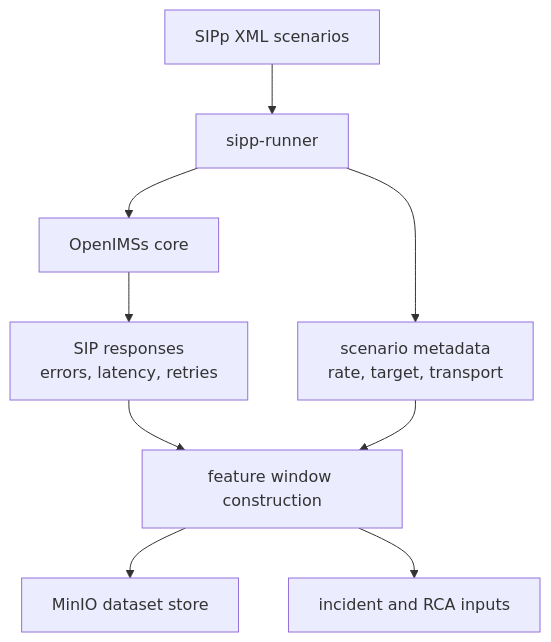
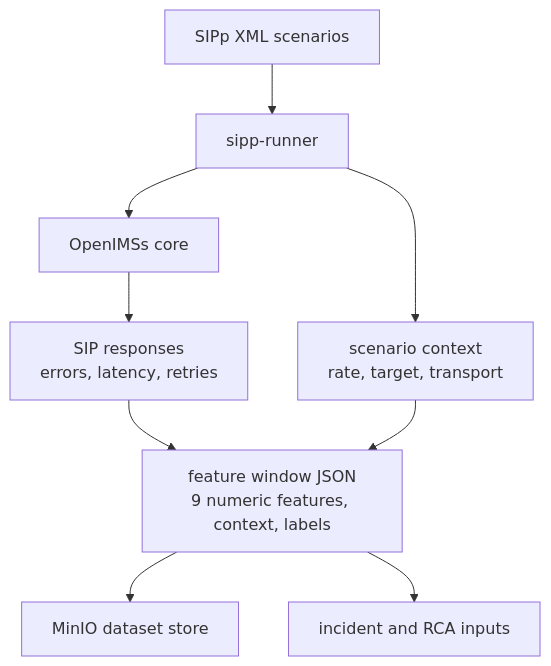
Before and after one commit to rh-telco-tigers/Autonomous-Network-Intelligence-Anomaly-Detection-with-Red-Hat-OpenShift-AI: the diagram in docs/architecture/phase-01-overview-data-generation.md, drawn with Mermaid. The commit also changed other lines of this file, not shown here.

First line of the commit message:
document phase 1 feature window contract

````diff
--- a/docs/architecture/phase-01-overview-data-generation.md
+++ b/docs/architecture/phase-01-overview-data-generation.md
@@ -21,11 +22,11 @@
 ```mermaid
 flowchart TD
   XML["SIPp XML scenarios"] --> Runner["sipp-runner"]
   Runner --> IMS["OpenIMSs core"]
   IMS --> Signals["SIP responses<br/>errors, latency, retries"]
-  Runner --> Context["scenario metadata<br/>rate, target, transport"]
-  Signals --> Windows["feature window construction"]
+  Runner --> Context["scenario context<br/>rate, target, transport"]
+  Signals --> Windows["feature window JSON<br/>9 numeric features, context, labels"]
   Context --> Windows
   Windows --> MinIO["MinIO dataset store"]
   Windows --> Incident["incident and RCA inputs"]
 ```
````
